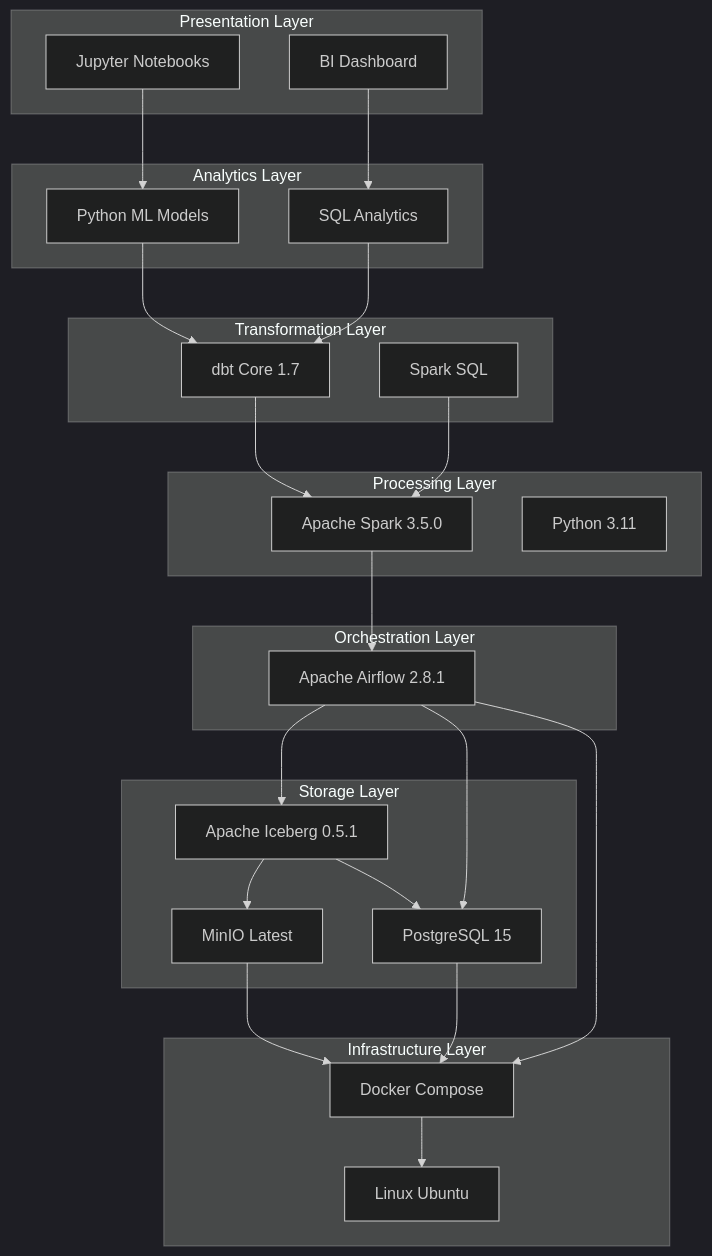
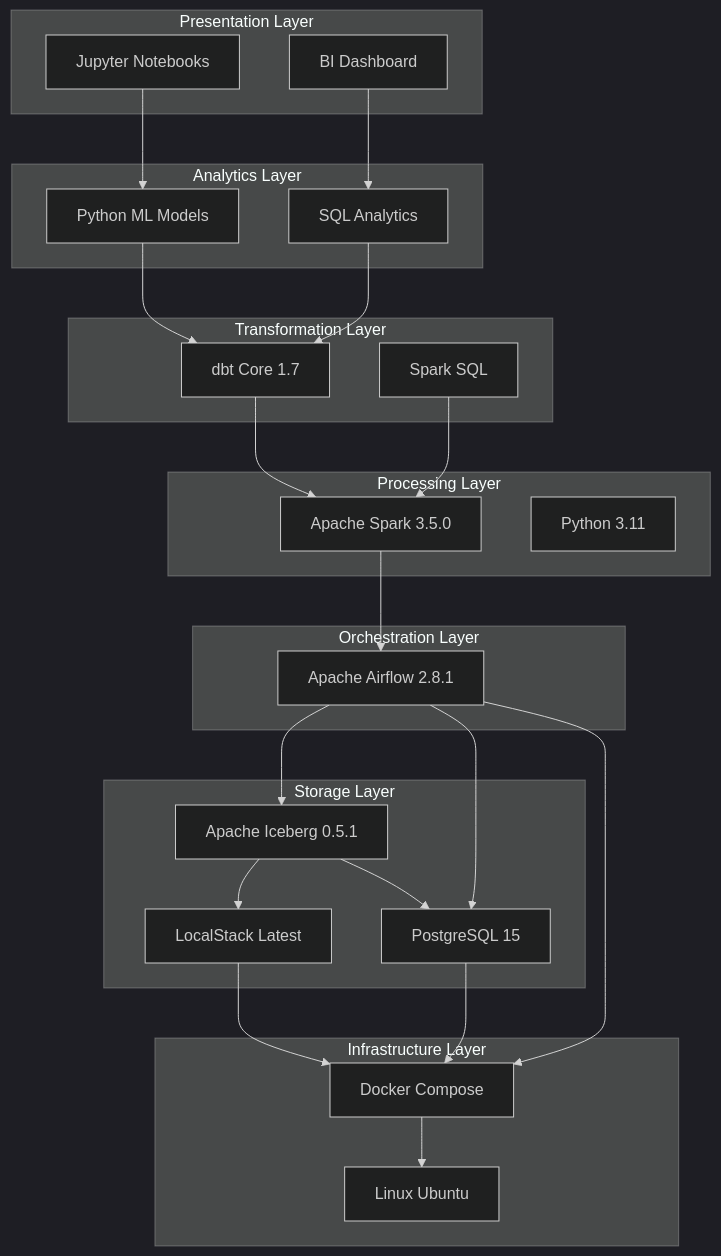
The eighth of 12 diagrams in ARCHITECTURE.md (zmadni/medflow-analytics), drawn with Mermaid (dark theme) before and after one commit. The commit also changed other lines of this file and 1 other file, not shown here.

Commit message:
Migrate from MinIO to LocalStack for S3 storage

````diff
--- a/ARCHITECTURE.md
+++ b/ARCHITECTURE.md
@@ -403,53 +400,53 @@
 ```mermaid
 graph TB
     subgraph "Presentation Layer"
         P1[Jupyter Notebooks]
         P2[BI Dashboard]
     end
 
     subgraph "Analytics Layer"
         A1[Python ML Models]
         A2[SQL Analytics]
     end
 
     subgraph "Transformation Layer"
         T1[dbt Core 1.7]
         T2[Spark SQL]
     end
 
     subgraph "Processing Layer"
         PR1[Apache Spark 3.5.0]
         PR2[Python 3.11]
     end
 
     subgraph "Orchestration Layer"
         O1[Apache Airflow 2.8.1]
     end
 
     subgraph "Storage Layer"
         S1[Apache Iceberg 0.5.1]
-        S2[MinIO Latest]
+        S2[LocalStack Latest]
         S3[PostgreSQL 15]
     end
 
     subgraph "Infrastructure Layer"
         I1[Docker Compose]
         I2[Linux Ubuntu]
     end
 
     P1 --> A1
     P2 --> A2
     A1 --> T1
     A2 --> T1
     T1 --> PR1
     T2 --> PR1
     PR1 --> O1
     O1 --> S1
     S1 --> S2
     O1 --> S3
     S1 --> S3
     S2 --> I1
     S3 --> I1
     O1 --> I1
     I1 --> I2
 ```
````
